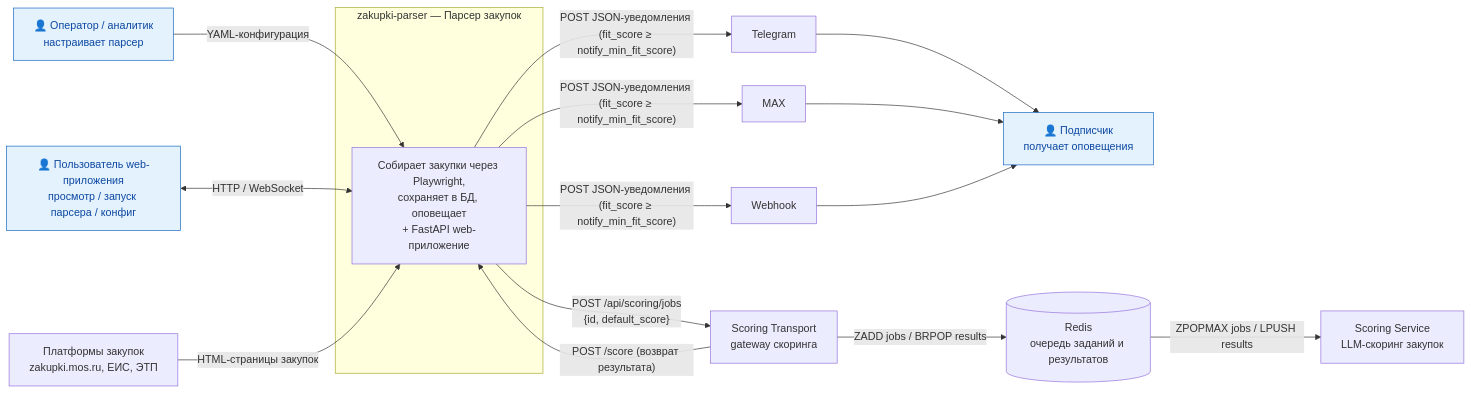
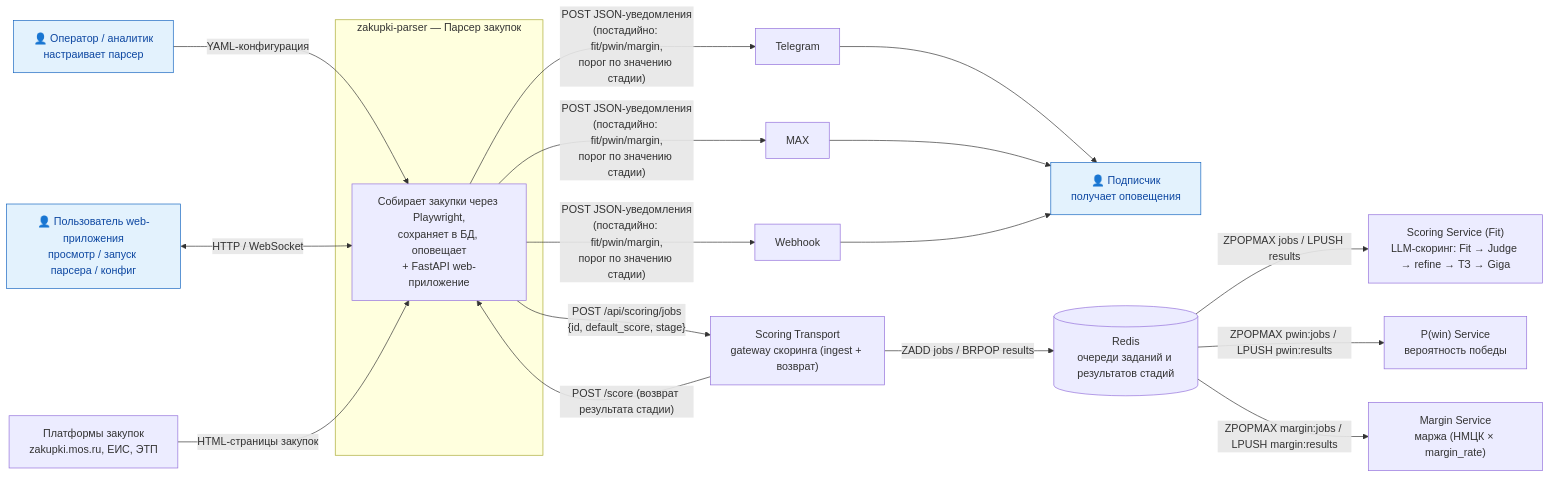
Before and after one commit to igorvolk1961/zakupki_parser: the diagram in docs/c4/context.md, drawn with Mermaid. The commit also changed other lines of this file and 32 other files, not shown here.

First line of the commit message:
docs и код: каскад скоринга Fit→P(win)→Margin, score_method vector→sim, web-редактирование промптов

````diff
--- a/docs/c4/context.md
+++ b/docs/c4/context.md
@@ -5,36 +5,40 @@
 ```mermaid
 flowchart LR
     classDef actor fill:#e3f2fd,stroke:#1565c0,color:#0d47a1
 
     U["👤 Оператор / аналитик<br/>настраивает парсер"]
     S["👤 Подписчик<br/>получает оповещения"]
     W["👤 Пользователь web-приложения<br/>просмотр / запуск парсера / конфиг"]
 
     subgraph System["zakupki-parser — Парсер закупок"]
         P["Собирает закупки через Playwright,<br/>сохраняет в БД, оповещает<br/>+ FastAPI web-приложение"]
     end
 
     Z["Платформы закупок<br/>zakupki.mos.ru, ЕИС, ЭТП"]
-    TR["Scoring Transport<br/>gateway скоринга"]
-    RS[("Redis<br/>очередь заданий и результатов")]
-    SG["Scoring Service<br/>LLM-скоринг закупок"]
+    TR["Scoring Transport<br/>gateway скоринга (ingest + возврат)"]
+    RS[("Redis<br/>очереди заданий и результатов стадий")]
+    SF["Scoring Service (Fit)<br/>LLM-скоринг: Fit → Judge → refine → ТЗ → Giga"]
+    SP["P(win) Service<br/>вероятность победы"]
+    SM["Margin Service<br/>маржа (НМЦК × margin_rate)"]
     TG["Telegram"]
     MX["MAX"]
     WH["Webhook"]
 
     U -->|"YAML-конфигурация"| P
     W <-->|"HTTP / WebSocket"| P
     Z -->|"HTML-страницы закупок"| P
-    P -->|"POST /api/scoring/jobs<br/>{id, default_score}"| TR
+    P -->|"POST /api/scoring/jobs<br/>{id, default_score, stage}"| TR
     TR -->|"ZADD jobs / BRPOP results"| RS
-    RS -->|"ZPOPMAX jobs / LPUSH results"| SG
-    TR -->|"POST /score (возврат результата)"| P
-    P -->|"POST JSON-уведомления (fit_score ≥ notify_min_fit_score)"| TG
-    P -->|"POST JSON-уведомления (fit_score ≥ notify_min_fit_score)"| MX
-    P -->|"POST JSON-уведомления (fit_score ≥ notify_min_fit_score)"| WH
+    RS -->|"ZPOPMAX jobs / LPUSH results"| SF
+    RS -->|"ZPOPMAX pwin:jobs / LPUSH pwin:results"| SP
+    RS -->|"ZPOPMAX margin:jobs / LPUSH margin:results"| SM
+    TR -->|"POST /score (возврат результата стадии)"| P
+    P -->|"POST JSON-уведомления<br/>(постадийно: fit/pwin/margin,<br/>порог по значению стадии)"| TG
+    P -->|"POST JSON-уведомления<br/>(постадийно: fit/pwin/margin,<br/>порог по значению стадии)"| MX
+    P -->|"POST JSON-уведомления<br/>(постадийно: fit/pwin/margin,<br/>порог по значению стадии)"| WH
     TG --> S
     MX --> S
     WH --> S
 
     class U,S,W actor
 ```
````
